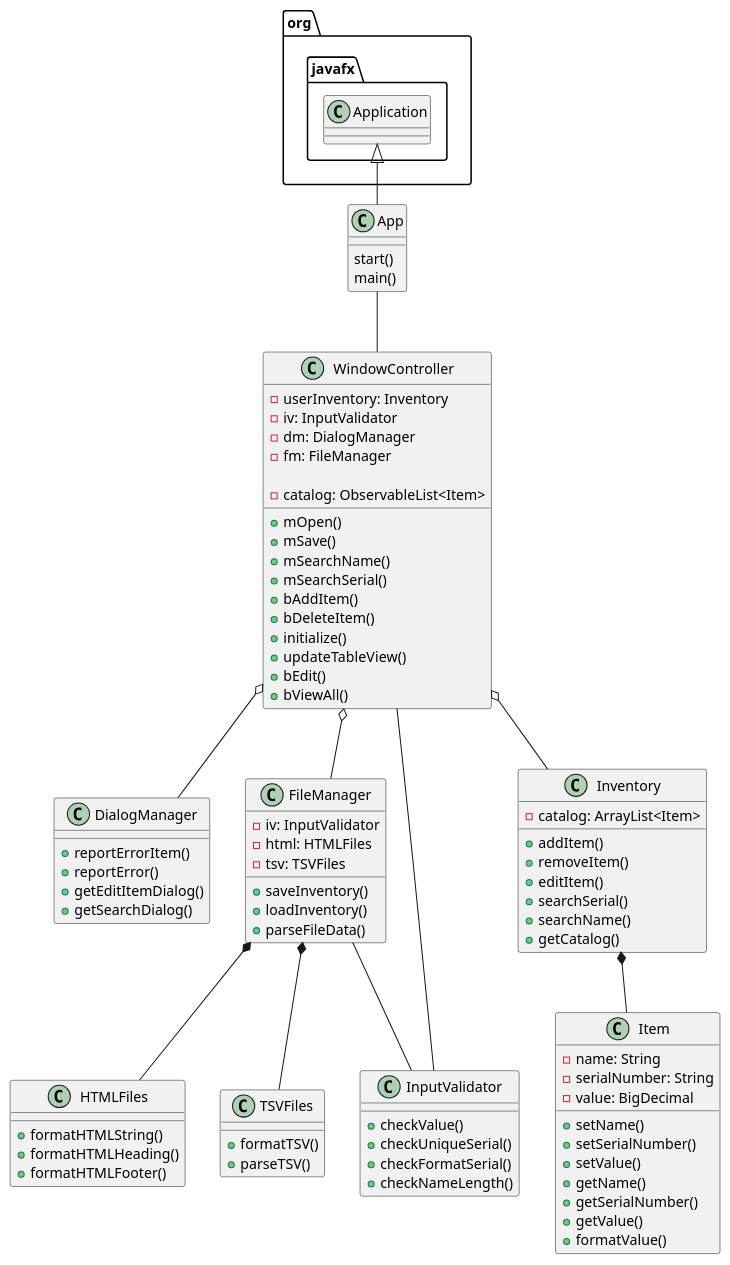
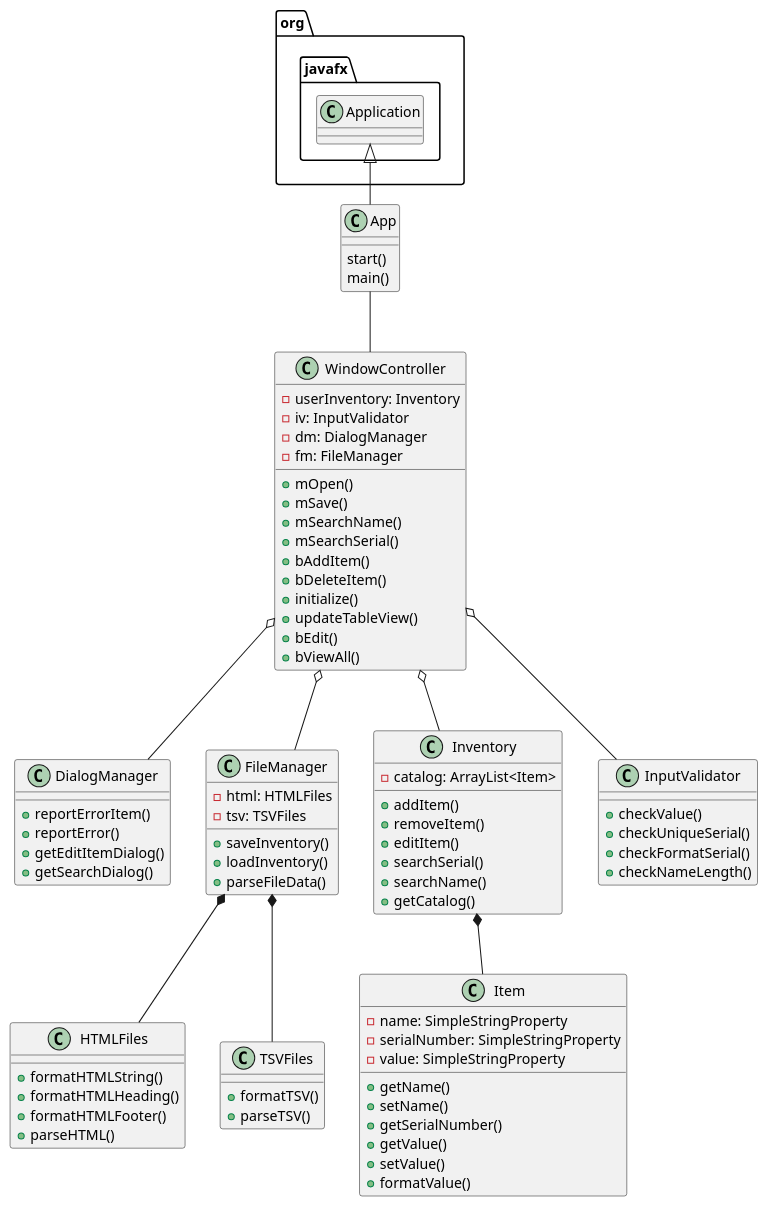
One commit to kingraham228/Ingraham-7945-a5 changed the diagram in uml/Inventory.puml. Above: the diagram before and after it, drawn with PlantUML. The commit also changed 6 other files, not shown here.

Commit message:
Code cleanup. and uml update.

```diff
--- a/uml/Inventory.puml
+++ b/uml/Inventory.puml
@@ -1,98 +1,94 @@
 @startuml
 class App{
 start()
 main()
 }
 
 class WindowController{
 - userInventory: Inventory
 - iv: InputValidator
 - dm: DialogManager
 - fm: FileManager
-
-- catalog: ObservableList<Item>
 
 +mOpen()
 +mSave()
 +mSearchName()
 +mSearchSerial()
 +bAddItem()
 +bDeleteItem()
 +initialize()
 +updateTableView()
 +bEdit()
 +bViewAll()
 
 }
 
 class DialogManager{
 +reportErrorItem()
 +reportError()
 +getEditItemDialog()
 +getSearchDialog()
 }
 
 class FileManager{
--iv: InputValidator
 -html: HTMLFiles
 -tsv: TSVFiles
 +saveInventory()
 +loadInventory()
 +parseFileData()
 }
 
 class Inventory{
 - catalog: ArrayList<Item>
 
 +addItem()
 +removeItem()
 +editItem()
 +searchSerial()
 +searchName()
 +getCatalog()
 }
 
 class Item{
--name: String
--serialNumber: String
--value: BigDecimal
+-name: SimpleStringProperty
+-serialNumber: SimpleStringProperty
+-value: SimpleStringProperty
 
++getName()
 +setName()
-+setSerialNumber()
-+setValue()
-+getName()
 +getSerialNumber()
 +getValue()
++setValue()
 +formatValue()
 }
 
 class InputValidator{
 + checkValue()
 + checkUniqueSerial()
 + checkFormatSerial()
 + checkNameLength()
 }
 
 class HTMLFiles{
 +formatHTMLString()
 +formatHTMLHeading()
 +formatHTMLFooter()
++parseHTML()
 }
 
 class TSVFiles{
 +formatTSV()
 +parseTSV()
 }
 
 
 org.javafx.Application <|-- App
 App -- WindowController
 WindowController o-- DialogManager
 WindowController o-- FileManager
 WindowController o-- Inventory
 Inventory *-- Item
-WindowController -- InputValidator
-FileManager --InputValidator
+WindowController o-- InputValidator
 FileManager *-- HTMLFiles
 FileManager *-- TSVFiles
 @enduml
```
